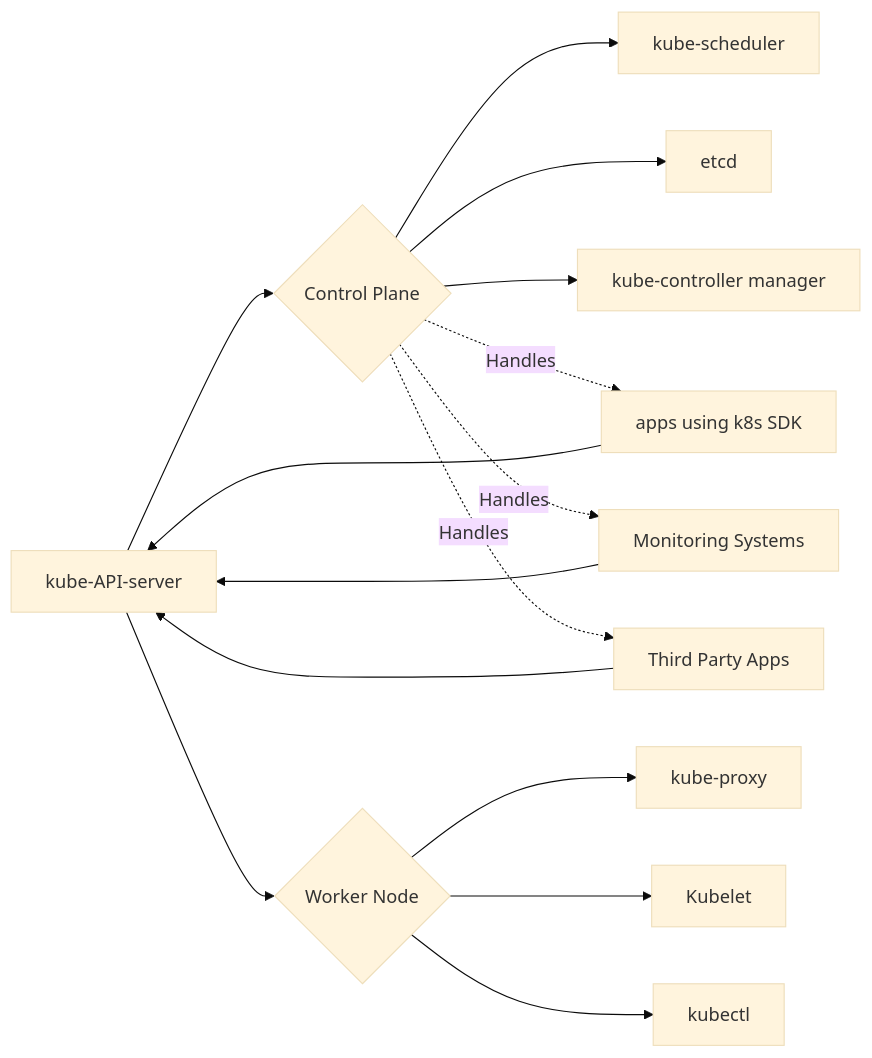
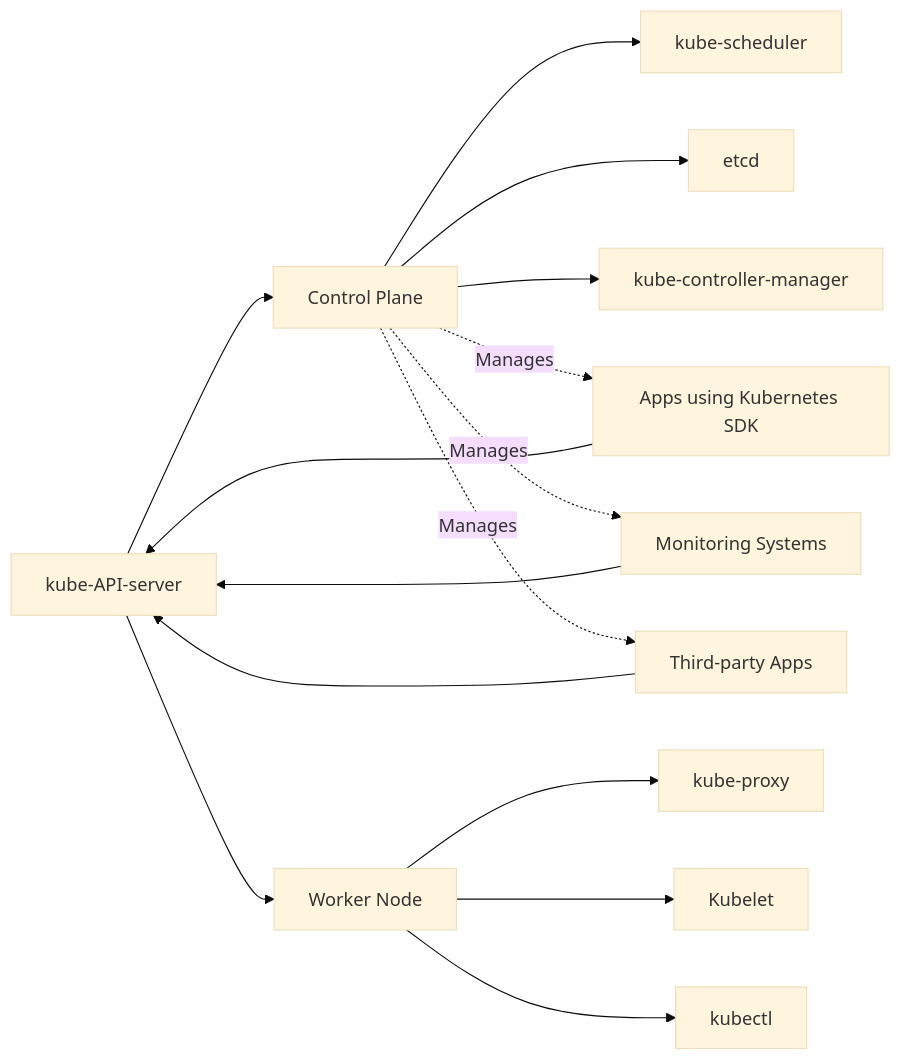
The first of 2 diagrams in Architecture_Overview.md (007chiragshah/tucana), drawn with Mermaid (base theme) before and after one commit.

````diff
--- a/Architecture_Overview.md
+++ b/Architecture_Overview.md
@@ -20,20 +20,20 @@
   ```mermaid 
   graph LR
-    A[kube-API-server] --> B{Control Plane}
+    A[kube-API-server] --> B[Control Plane]
     B --> C[kube-scheduler]
     B --> D[etcd]
-    B --> E[kube-controller manager]
+    B --> E[kube-controller-manager]
 
-    A --> F{Worker Node}
+    A --> F[Worker Node]
     F --> G[kube-proxy]
     F --> H[Kubelet]
     F --> I[kubectl]
 
-    J[apps using k8s SDK] --> A
+    J[Apps using Kubernetes SDK] --> A
     K[Monitoring Systems] --> A
-    L[Third Party Apps] --> A
+    L[Third-party Apps] --> A
 
-    B -.->|Handles| J
-    B -.->|Handles| K
-    B -.->|Handles| L
+    B -.->|Manages| J
+    B -.->|Manages| K
+    B -.->|Manages| L
   ```
````
